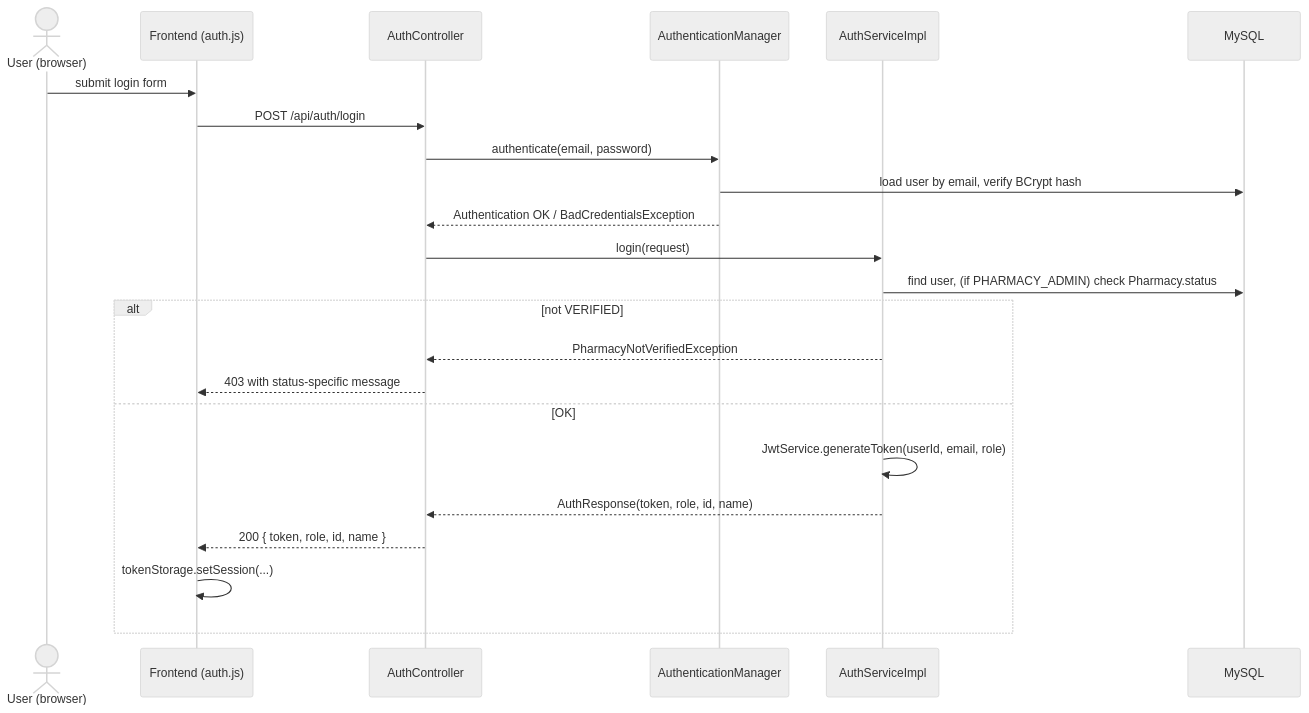
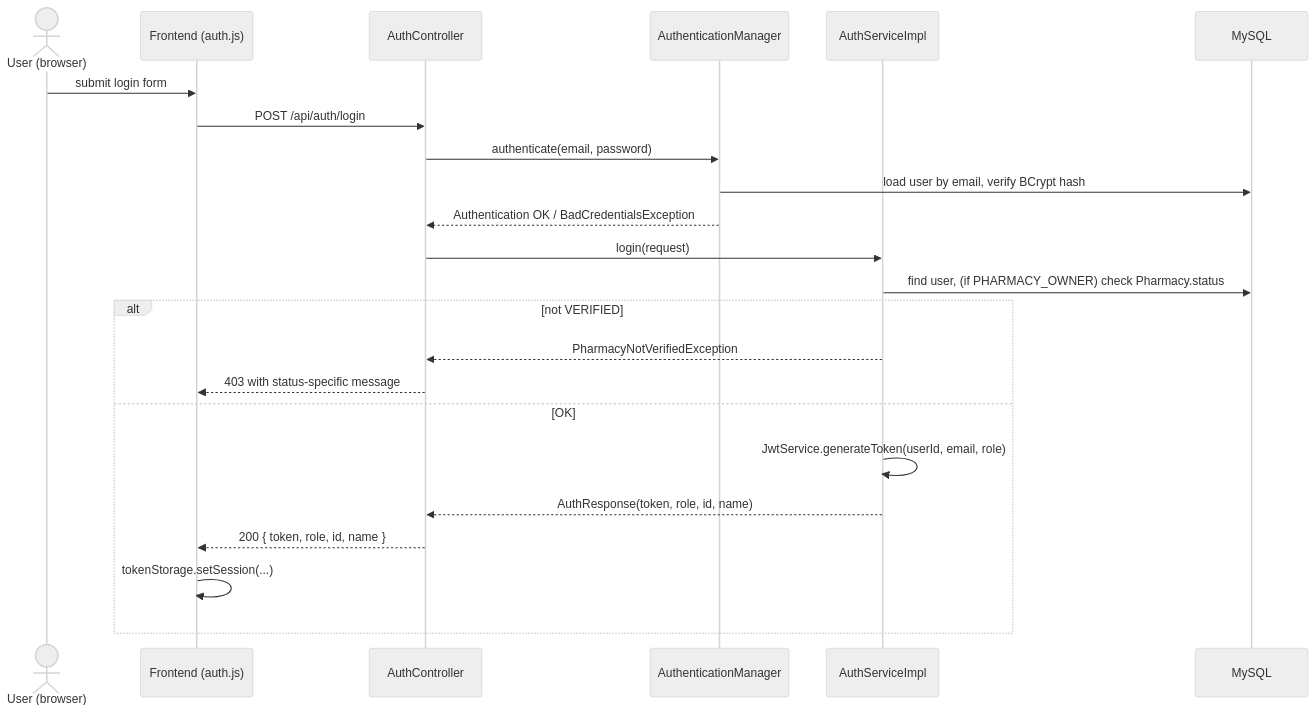
Before and after one commit to TSSwork/SuwaLink-IT3003-Project: the fourth of 14 diagrams in README/DIAGRAMS.md, drawn with Mermaid (neutral theme). The commit also changed other lines of this file and 24 other files, not shown here.

Commit message:
refactor: rename PHARMACY_ADMIN role to PHARMACY_OWNER

````diff
--- a/README/DIAGRAMS.md
+++ b/README/DIAGRAMS.md
@@ -333,26 +333,26 @@
 ```mermaid
 sequenceDiagram
     actor U as User (browser)
     participant FE as Frontend (auth.js)
     participant AC as AuthController
     participant AM as AuthenticationManager
     participant AS as AuthServiceImpl
     participant DB as MySQL
 
     U->>FE: submit login form
     FE->>AC: POST /api/auth/login
     AC->>AM: authenticate(email, password)
     AM->>DB: load user by email, verify BCrypt hash
     AM-->>AC: Authentication OK / BadCredentialsException
     AC->>AS: login(request)
-    AS->>DB: find user, (if PHARMACY_ADMIN) check Pharmacy.status
+    AS->>DB: find user, (if PHARMACY_OWNER) check Pharmacy.status
     alt not VERIFIED
         AS-->>AC: PharmacyNotVerifiedException
         AC-->>FE: 403 with status-specific message
     else OK
         AS->>AS: JwtService.generateToken(userId, email, role)
         AS-->>AC: AuthResponse(token, role, id, name)
         AC-->>FE: 200 { token, role, id, name }
         FE->>FE: tokenStorage.setSession(...)
     end
 ```
````
